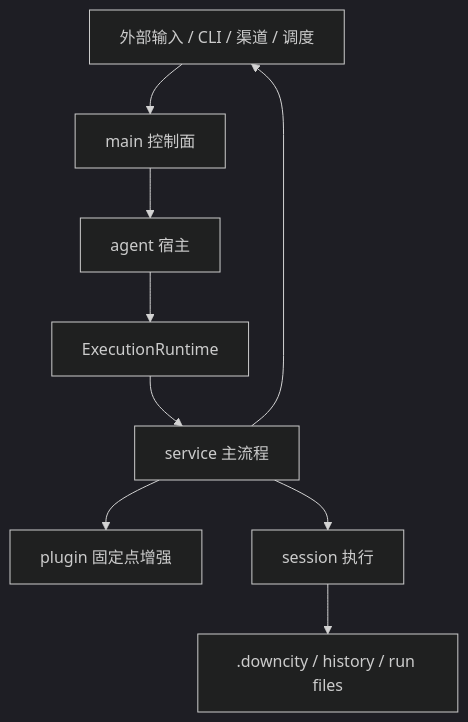
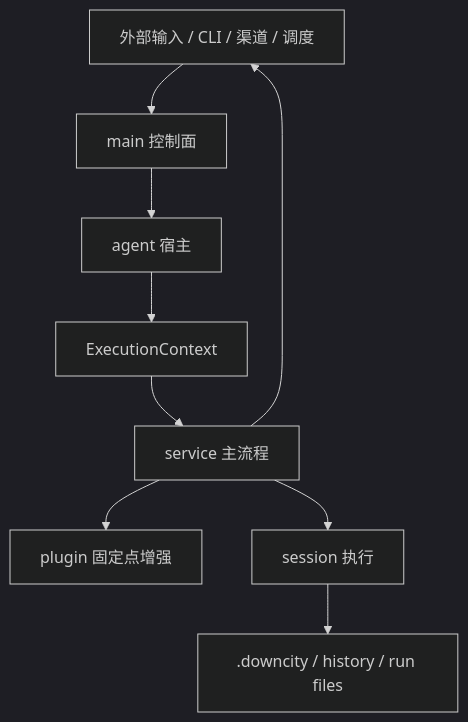
Before and after one commit to wangenius/downcity: the diagram in devdocs/agent-native-architecture-design.md, drawn with Mermaid (dark theme). The commit also changed other lines of this file and 168 other files, not shown here.

````diff
--- a/devdocs/agent-native-architecture-design.md
+++ b/devdocs/agent-native-architecture-design.md
@@ -31,11 +31,11 @@
 ```mermaid
 flowchart TD
   USER["外部输入 / CLI / 渠道 / 调度"] --> MAIN["main 控制面"]
   MAIN --> AGENT["agent 宿主"]
-  AGENT --> RUNTIME["ExecutionRuntime"]
+  AGENT --> RUNTIME["ExecutionContext"]
   RUNTIME --> SERVICE["service 主流程"]
   SERVICE --> PLUGIN["plugin 固定点增强"]
   SERVICE --> SESSION["session 执行"]
   SESSION --> STORE[".downcity / history / run files"]
   SERVICE --> USER
 ```
````
